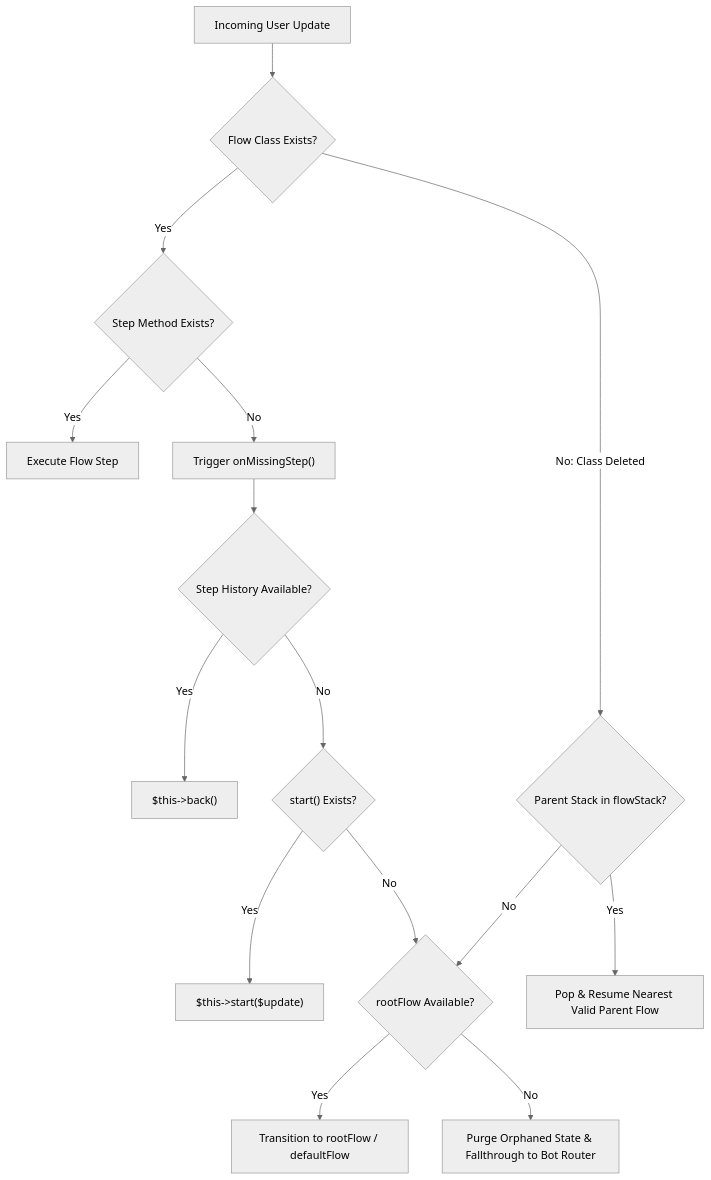
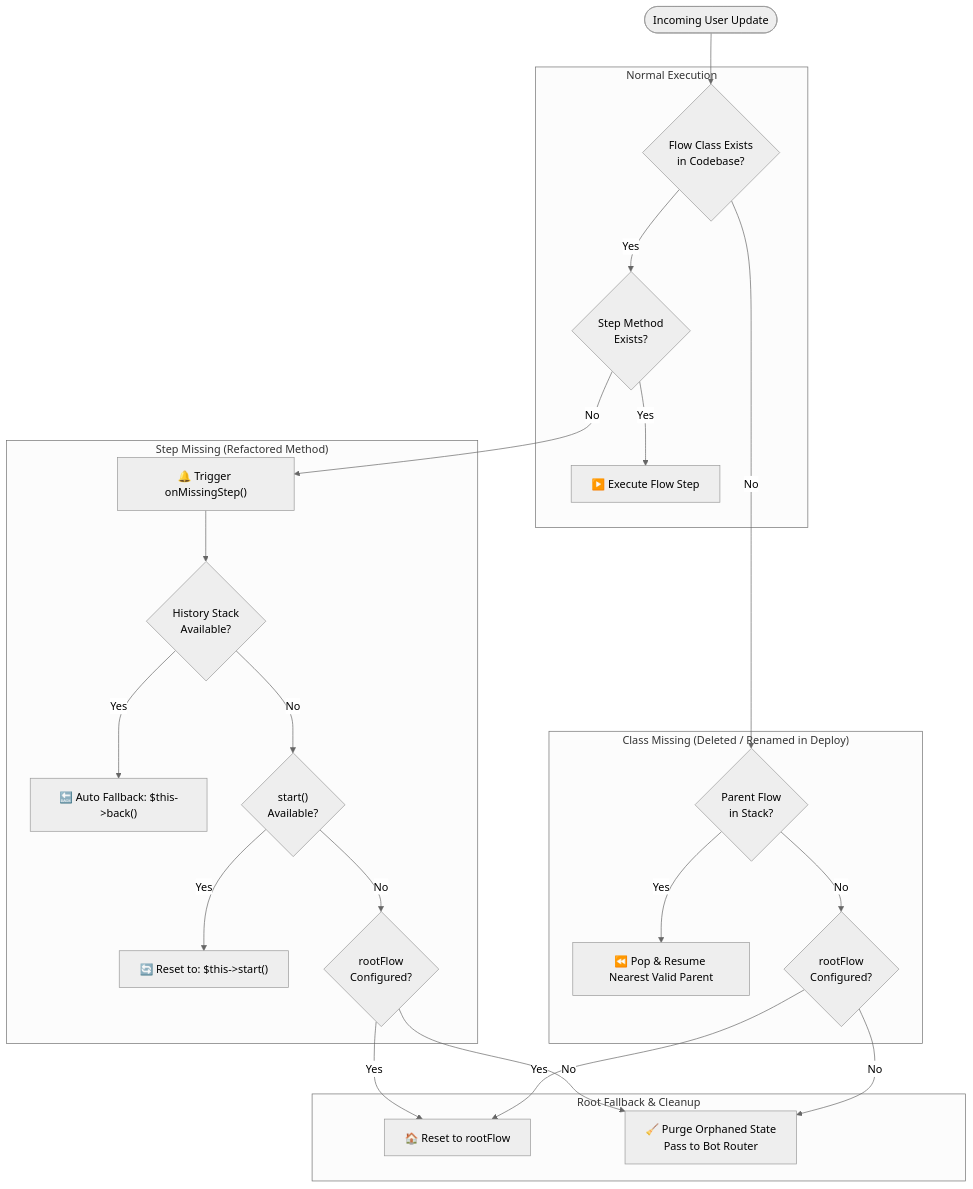
Before and after one commit to tueen/telegram: the second of 2 diagrams in docs/guide/flow/navigation-and-stack.md, drawn with Mermaid (neutral theme). The commit also changed other lines of this file and 28 other files, not shown here.

First line of the commit message:
feat(flow,router): support priority routes, flow fallthrough, and modernize architecture diagrams

````diff
--- a/docs/guide/flow/navigation-and-stack.md
+++ b/docs/guide/flow/navigation-and-stack.md
@@ -141,18 +149,31 @@
 ```mermaid
-graph TD
-    Update["Incoming User Update"] --> CheckClass{"Flow Class Exists?"}
-    CheckClass -->|Yes| CheckStep{"Step Method Exists?"}
-    CheckStep -->|Yes| Execute["Execute Flow Step"]
-    CheckStep -->|No| MissingStep["Trigger onMissingStep()"]
-    MissingStep --> BackHist{"Step History Available?"}
-    BackHist -->|Yes| NavigateBack["$this->back()"]
-    BackHist -->|No| CheckStart{"start() Exists?"}
-    CheckStart -->|Yes| GoStart["$this->start($update)"]
-    CheckStart -->|No| CheckRoot1{"rootFlow Available?"}
+flowchart TD
+    Update(["Incoming User Update"]) --> ValidateClass{"Flow Class Exists<br/>in Codebase?"}
 
-    CheckClass -->|No: Class Deleted| CheckStack{"Parent Stack in flowStack?"}
-    CheckStack -->|Yes| UnwindStack["Pop & Resume Nearest Valid Parent Flow"]
-    CheckStack -->|No| CheckRoot1
-    CheckRoot1 -->|Yes| RedirectRoot["Transition to rootFlow / defaultFlow"]
-    CheckRoot1 -->|No| CleanUp["Purge Orphaned State & Fallthrough to Bot Router"]
+    subgraph HappyPath ["Normal Execution"]
+        ValidateClass -->|Yes| ValidateStep{"Step Method<br/>Exists?"}
+        ValidateStep -->|Yes| ExecStep["▶️ Execute Flow Step"]
+    end
+
+    subgraph ClassRecovery ["Class Missing (Deleted / Renamed in Deploy)"]
+        ValidateClass -->|No| HasParent{"Parent Flow<br/>in Stack?"}
+        HasParent -->|Yes| UnwindParent["⏪ Pop & Resume Nearest Valid Parent"]
+        HasParent -->|No| HasRoot1{"rootFlow<br/>Configured?"}
+    end
+
+    subgraph StepRecovery ["Step Missing (Refactored Method)"]
+        ValidateStep -->|No| TriggerHook["🔔 Trigger onMissingStep()"]
+        TriggerHook --> HasHistory{"History Stack<br/>Available?"}
+        HasHistory -->|Yes| StepBack["🔙 Auto Fallback: $this->back()"]
+        HasHistory -->|No| HasStart{"start()<br/>Available?"}
+        HasStart -->|Yes| StepStart["🔄 Reset to: $this->start()"]
+        HasStart -->|No| HasRoot2{"rootFlow<br/>Configured?"}
+    end
+
+    subgraph TerminalFallback ["Root Fallback & Cleanup"]
+        HasRoot1 -->|Yes| JumpRoot["🏠 Reset to rootFlow"]
+        HasRoot2 -->|Yes| JumpRoot
+        HasRoot1 -->|No| PurgeState["🧹 Purge Orphaned State<br/>Pass to Bot Router"]
+        HasRoot2 -->|No| PurgeState
+    end
 ```
````
